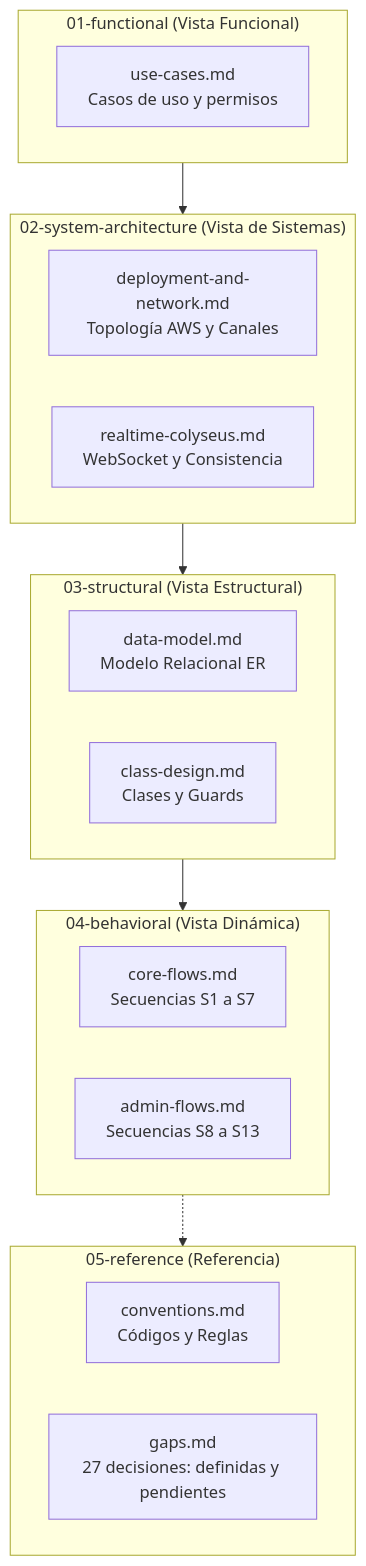
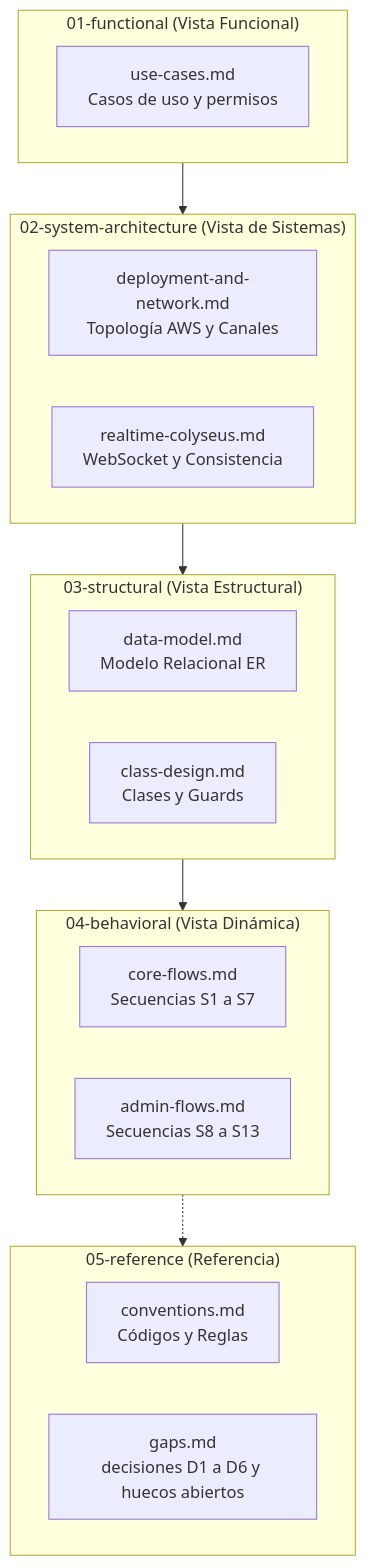
Before and after one commit to Agustin742/integratec-final-back: the diagram in docs/diagrams/README.md, drawn with Mermaid. The commit also changed other lines of this file and 7 other files, not shown here.

Commit message:
docs(diagrams): realign architecture and reference diagrams with the school niche model

````diff
--- a/docs/diagrams/README.md
+++ b/docs/diagrams/README.md
@@ -13,32 +13,32 @@
 ```mermaid
 flowchart TD
   subgraph F["01-functional (Vista Funcional)"]
     direction LR
     UC["use-cases.md<br/>Casos de uso y permisos"]
   end
   subgraph S["02-system-architecture (Vista de Sistemas)"]
     direction LR
     DEP["deployment-and-network.md<br/>Topología AWS y Canales"]
     RT["realtime-colyseus.md<br/>WebSocket y Consistencia"]
   end
   subgraph E["03-structural (Vista Estructural)"]
     direction LR
     DM["data-model.md<br/>Modelo Relacional ER"]
     CL["class-design.md<br/>Clases y Guards"]
   end
   subgraph B["04-behavioral (Vista Dinámica)"]
     direction LR
     SC["core-flows.md<br/>Secuencias S1 a S7"]
     SA["admin-flows.md<br/>Secuencias S8 a S13"]
   end
   subgraph R["05-reference (Referencia)"]
     direction LR
     CV["conventions.md<br/>Códigos y Reglas"]
-    GP["gaps.md<br/>27 decisiones: definidas y pendientes"]
+    GP["gaps.md<br/>decisiones D1 a D6 y huecos abiertos"]
   end
 
   F --> S
   S --> E
   E --> B
   B -.-> R
 ```
````
